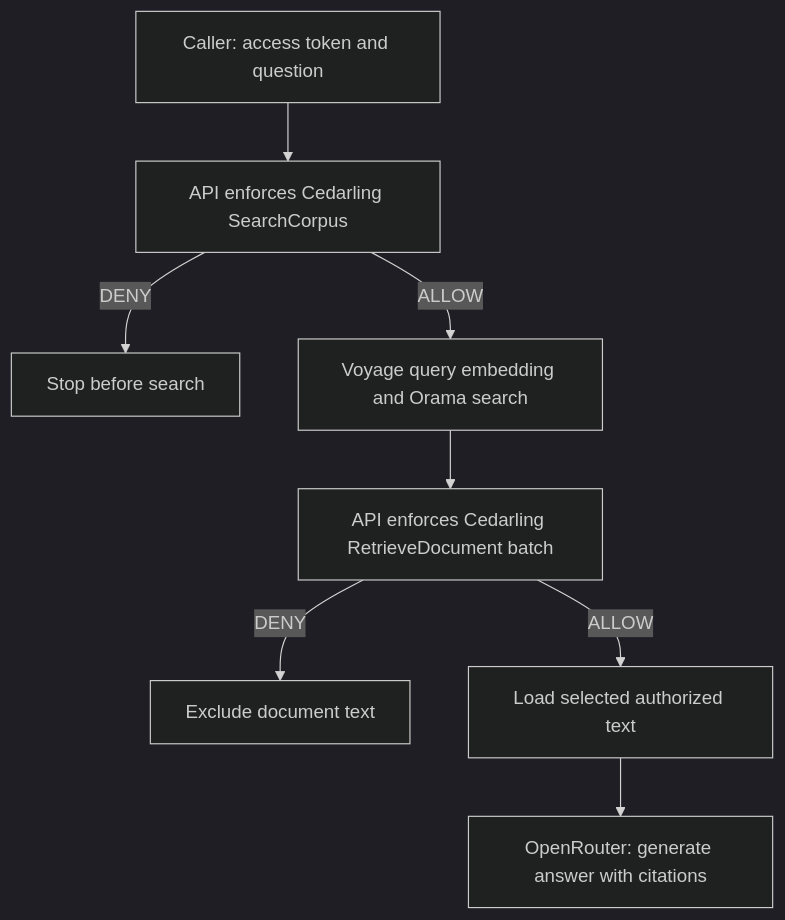
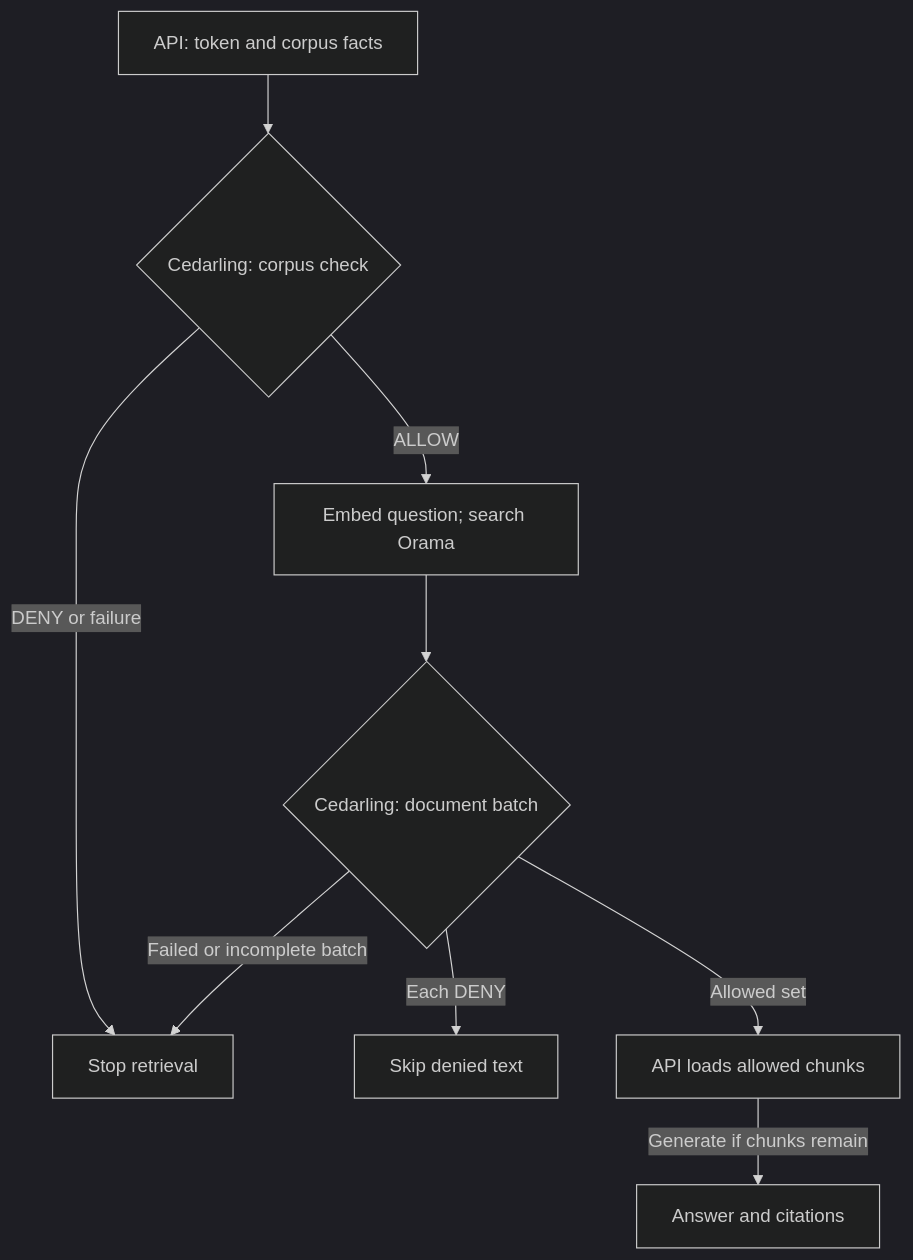
Before and after one commit to GluuFederation/cedarling-tutorials: the diagram in p2-tenantrag/docs/tutorials.md, drawn with Mermaid (dark theme). The commit also changed other lines of this file and 29 other files, not shown here.

Commit message:
docs: improve P1-P5 tutorial reading flow

````diff
--- a/p2-tenantrag/docs/tutorials.md
+++ b/p2-tenantrag/docs/tutorials.md
@@ -71,12 +327,13 @@
 ```mermaid
 flowchart TD
-    accTitle: Permission checks in the completed retrieval service
-    accDescr: The API enforces a corpus decision before search and document decisions before loading text for generation.
-    Caller["Caller: access token and question"] --> Corpus["API enforces Cedarling SearchCorpus"]
-    Corpus -->|"DENY"| Stop["Stop before search"]
-    Corpus -->|"ALLOW"| Search["Voyage query embedding and Orama search"]
-    Search --> Documents["API enforces Cedarling RetrieveDocument batch"]
-    Documents -->|"DENY"| Filter["Exclude document text"]
-    Documents -->|"ALLOW"| Text["Load selected authorized text"]
-    Text --> Model["OpenRouter: generate answer with citations"]
+    accTitle: Two checks before evidence reaches the model
+    accDescr: The API asks embedded Cedarling about the corpus before embedding or searching. It then checks each candidate document before loading text. Denied documents are filtered, and authorization failures stop retrieval.
+    Request["API: token and corpus facts"] --> Corpus{"Cedarling: corpus check"}
+    Corpus -->|"DENY or failure"| Stop["Stop retrieval"]
+    Corpus -->|"ALLOW"| Search["Embed question; search Orama"]
+    Search --> Documents{"Cedarling: document batch"}
+    Documents -->|"Each DENY"| Filter["Skip denied text"]
+    Documents -->|"Allowed set"| Text["API loads allowed chunks"]
+    Text -->|"Generate if chunks remain"| Result["Answer and citations"]
+    Documents -->|"Failed or incomplete batch"| Stop
 ```
````
